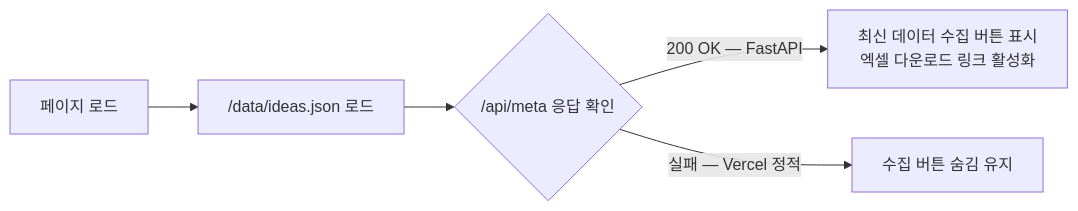
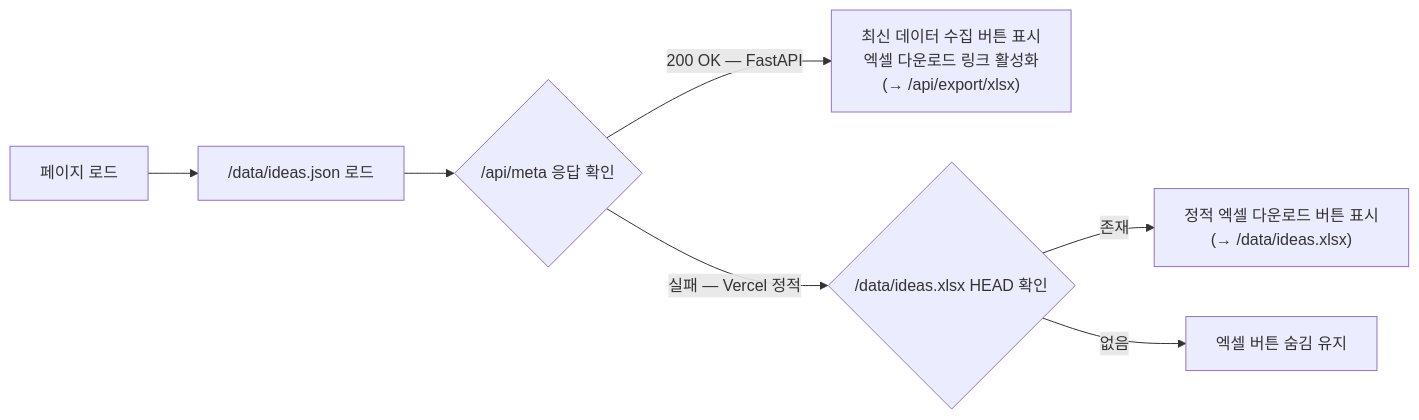
The fourth of 4 diagrams in guide.md (koreatommy/research), drawn with Mermaid before and after one commit. The commit also changed other lines of this file, not shown here.

First line of the commit message:
docs: 웹용 정적 엑셀 다운로드 흐름 guide.md 반영

````diff
--- a/guide.md
+++ b/guide.md
@@ -178,7 +178,9 @@
 ```mermaid
 flowchart LR
   A[페이지 로드] --> B["/data/ideas.json 로드"]
   B --> C{"/api/meta 응답 확인"}
-  C -->|200 OK — FastAPI| D["최신 데이터 수집 버튼 표시\n엑셀 다운로드 링크 활성화"]
-  C -->|실패 — Vercel 정적| E["수집 버튼 숨김 유지"]
+  C -->|200 OK — FastAPI| D["최신 데이터 수집 버튼 표시\n엑셀 다운로드 링크 활성화\n(→ /api/export/xlsx)"]
+  C -->|실패 — Vercel 정적| E{"/data/ideas.xlsx HEAD 확인"}
+  E -->|존재| F["정적 엑셀 다운로드 버튼 표시\n(→ /data/ideas.xlsx)"]
+  E -->|없음| G["엑셀 버튼 숨김 유지"]
 ```
````
